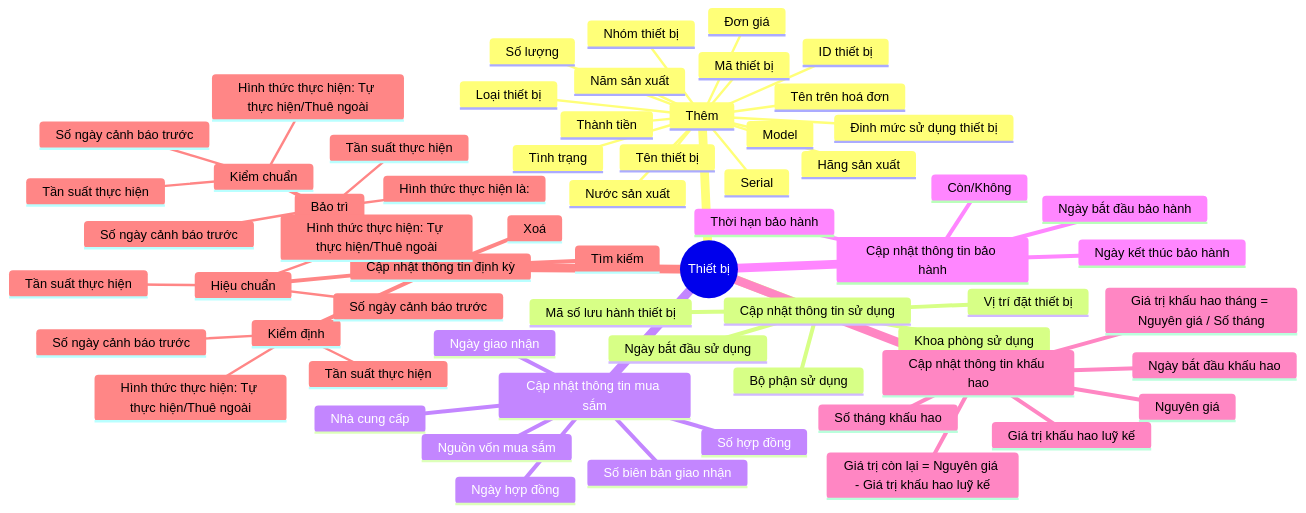
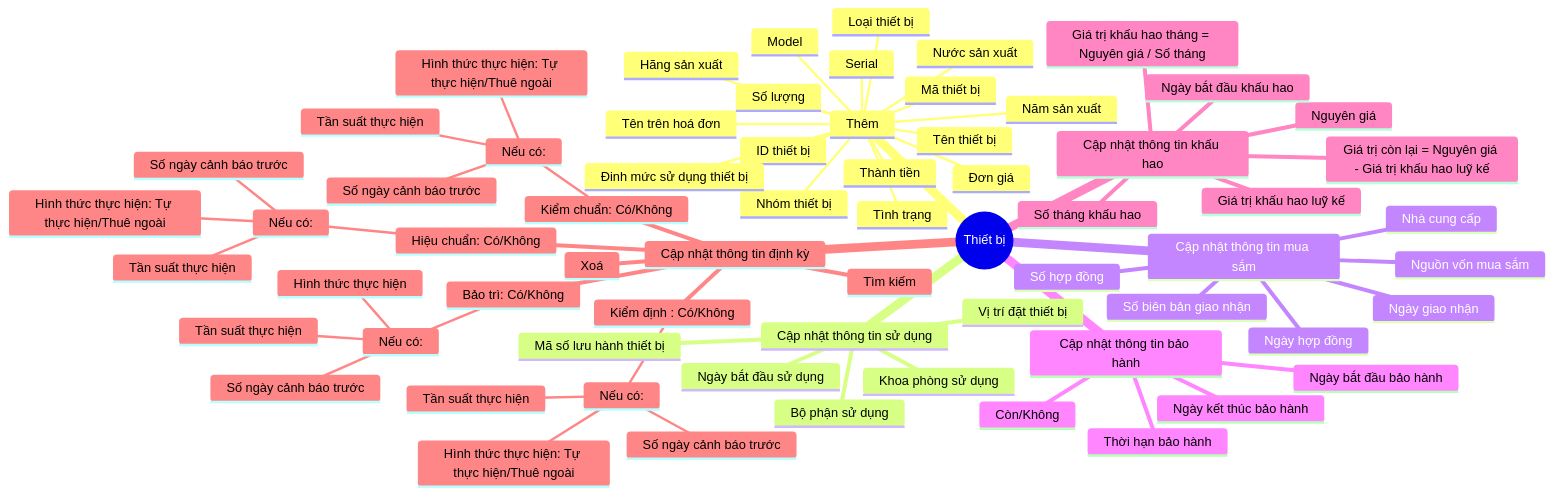
The diagram in mindmap-thietbi.md (nthanhdo/mems-brainstorm), drawn with Mermaid before and after one commit.

````diff
--- a/mindmap-thietbi.md
+++ b/mindmap-thietbi.md
@@ -1,67 +1,71 @@
 ```mermaid
 mindmap
   root((Thiết bị))
       Thêm
         ID thiết bị
         Mã thiết bị
         Tên thiết bị
         Tên trên hoá đơn
         Loại thiết bị
         Nhóm thiết bị
         Đinh mức sử dụng thiết bị
         Hãng sản xuất
         Nước sản xuất
         Năm sản xuất
         Model
         Serial
         Số lượng
         Đơn giá
         Thành tiền
         Tình trạng
     Cập nhật thông tin sử dụng
         Khoa phòng sử dụng
         Bộ phận sử dụng
         Ngày bắt đầu sử dụng
         Vị trí đặt thiết bị
         Mã số lưu hành thiết bị
     Cập nhật thông tin mua sắm
         Nhà cung cấp
         Số hợp đồng
         Ngày hợp đồng
         Số biên bản giao nhận
         Ngày giao nhận
         Nguồn vốn mua sắm
     Cập nhật thông tin bảo hành
         Còn/Không
         Thời hạn bảo hành
         Ngày bắt đầu bảo hành
         Ngày kết thúc bảo hành
     Cập nhật thông tin khấu hao
         Nguyên giá
         Số tháng khấu hao
         Ngày bắt đầu khấu hao
         Giá trị khấu hao tháng = Nguyên giá / Số tháng
         Giá trị khấu hao luỹ kế
         Giá trị còn lại = Nguyên giá - Giá trị khấu hao luỹ kế
     Cập nhật thông tin định kỳ
-        Bảo trì
-            Hình thức thực hiện là: 
-            Tần suất thực hiện
-            Số ngày cảnh báo trước
-        Kiểm định
-            Hình thức thực hiện: Tự thực hiện/Thuê ngoài
-            Tần suất thực hiện
-            Số ngày cảnh báo trước
-        Hiệu chuẩn
-            Hình thức thực hiện: Tự thực hiện/Thuê ngoài
-            Tần suất thực hiện
-            Số ngày cảnh báo trước
-        Kiểm chuẩn
-            Hình thức thực hiện: Tự thực hiện/Thuê ngoài
-            Tần suất thực hiện
-            Số ngày cảnh báo trước
+        Bảo trì: Có/Không
+            Nếu có: 
+              Hình thức thực hiện
+              Tần suất thực hiện
+              Số ngày cảnh báo trước
+        Kiểm định : Có/Không
+              Nếu có:
+                Hình thức thực hiện: Tự thực hiện/Thuê ngoài
+                Tần suất thực hiện
+                Số ngày cảnh báo trước
+        Hiệu chuẩn: Có/Không
+              Nếu có:
+                Hình thức thực hiện: Tự thực hiện/Thuê ngoài
+                Tần suất thực hiện
+                Số ngày cảnh báo trước
+        Kiểm chuẩn: Có/Không
+              Nếu có:
+                Hình thức thực hiện: Tự thực hiện/Thuê ngoài
+                Tần suất thực hiện
+                Số ngày cảnh báo trước
       Xoá
         
       Tìm kiếm
       
 ```
````
